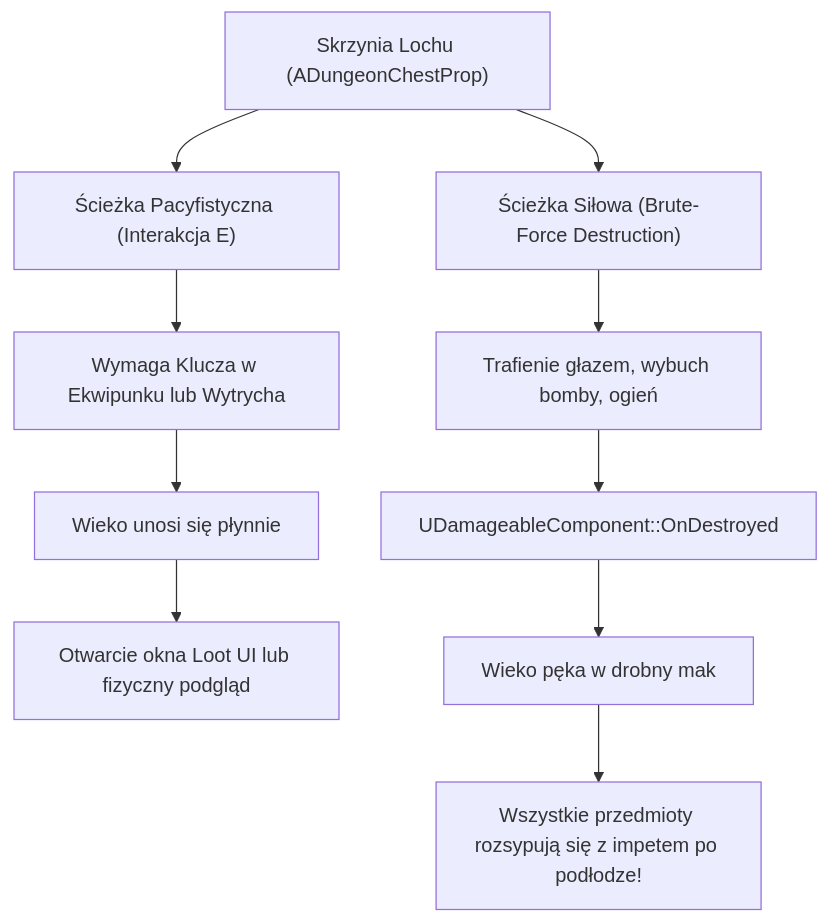
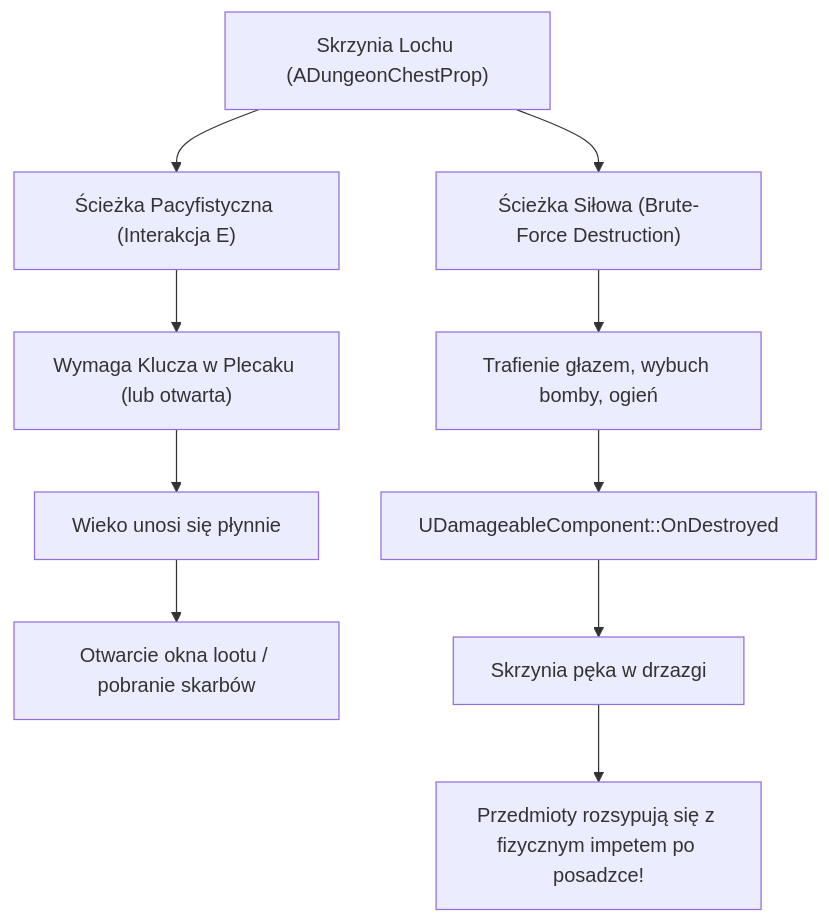
The fourth of 4 diagrams in .context/specs/ITEM_AND_INVENTORY_SYSTEM.md (MoistAbes/DungeonCrawler), drawn with Mermaid before and after one commit. The commit also changed other lines of this file, not shown here.

````diff
--- a/.context/specs/ITEM_AND_INVENTORY_SYSTEM.md
+++ b/.context/specs/ITEM_AND_INVENTORY_SYSTEM.md
@@ -125,14 +163,14 @@
 ```mermaid
 flowchart TD
     Chest["Skrzynia Lochu (ADungeonChestProp)"] --> PathA["Ścieżka Pacyfistyczna (Interakcja E)"]
     Chest --> PathB["Ścieżka Siłowa (Brute-Force Destruction)"]
 
-    PathA --> A1["Wymaga Klucza w Ekwipunku lub Wytrycha"]
+    PathA --> A1["Wymaga Klucza w Plecaku (lub otwarta)"]
     A1 --> A2["Wieko unosi się płynnie"]
-    A2 --> A3["Otwarcie okna Loot UI lub fizyczny podgląd"]
+    A2 --> A3["Otwarcie okna lootu / pobranie skarbów"]
 
     PathB --> B1["Trafienie głazem, wybuch bomby, ogień"]
     B1 --> B2["UDamageableComponent::OnDestroyed"]
-    B2 --> B3["Wieko pęka w drobny mak"]
-    B3 --> B4["Wszystkie przedmioty rozsypują się z impetem po podłodze!"]
+    B2 --> B3["Skrzynia pęka w drzazgi"]
+    B3 --> B4["Przedmioty rozsypują się z fizycznym impetem po posadzce!"]
 ```
````
